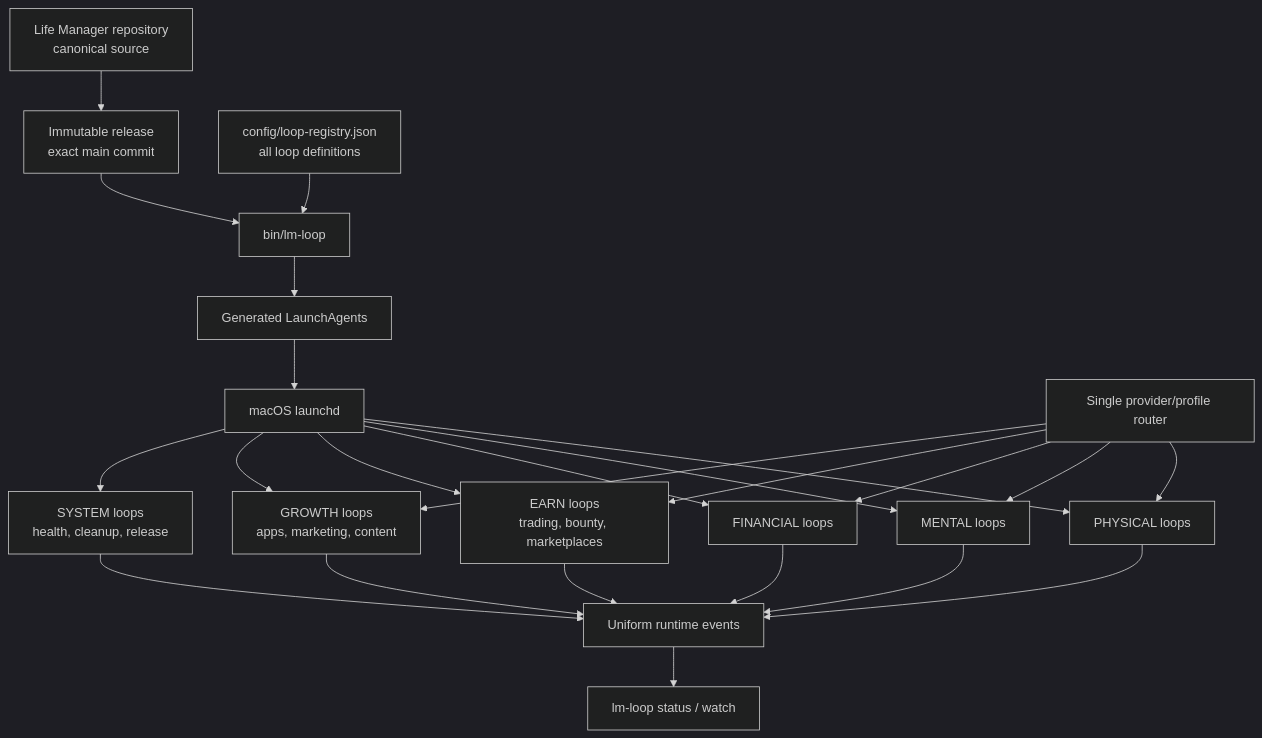
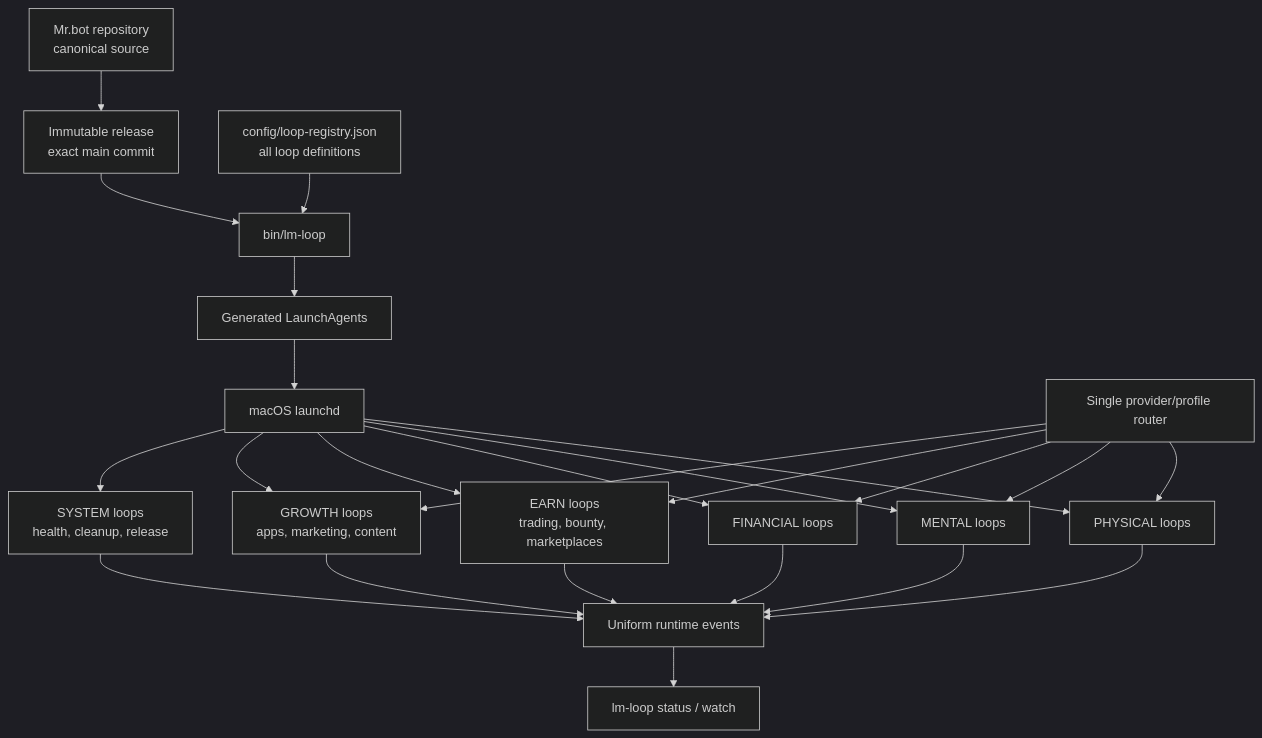
The diagram in docs/superpowers/specs/2026-08-27-macos-loop-control-plane-design.md (Daisuke134/anicca), drawn with Mermaid (dark theme) before and after one commit. The commit also changed other lines of this file and 2118 other files, not shown here.

````diff
--- a/docs/superpowers/specs/2026-08-27-macos-loop-control-plane-design.md
+++ b/docs/superpowers/specs/2026-08-27-macos-loop-control-plane-design.md
@@ -29,29 +29,29 @@
 ```mermaid
 flowchart TD
-    Repo[Life Manager repository\ncanonical source] --> Release[Immutable release\nexact main commit]
+    Repo[Mr.bot repository\ncanonical source] --> Release[Immutable release\nexact main commit]
     Registry[config/loop-registry.json\nall loop definitions] --> CLI[bin/lm-loop]
     Release --> CLI
     CLI --> Plists[Generated LaunchAgents]
     Plists --> Launchd[macOS launchd]
 
     Launchd --> P[PHYSICAL loops]
     Launchd --> M[MENTAL loops]
     Launchd --> F[FINANCIAL loops]
     Launchd --> E[EARN loops\ntrading, bounty, marketplaces]
     Launchd --> G[GROWTH loops\napps, marketing, content]
     Launchd --> S[SYSTEM loops\nhealth, cleanup, release]
 
     P --> Events[Uniform runtime events]
     M --> Events
     F --> Events
     E --> Events
     G --> Events
     S --> Events
     Events --> Watch[lm-loop status / watch]
 
     Router[Single provider/profile router] --> P
     Router --> M
     Router --> F
     Router --> E
     Router --> G
 ```
````
